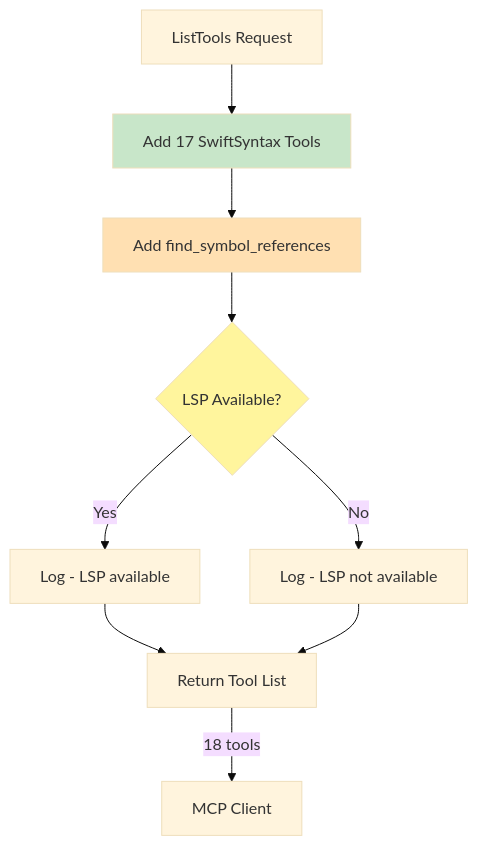
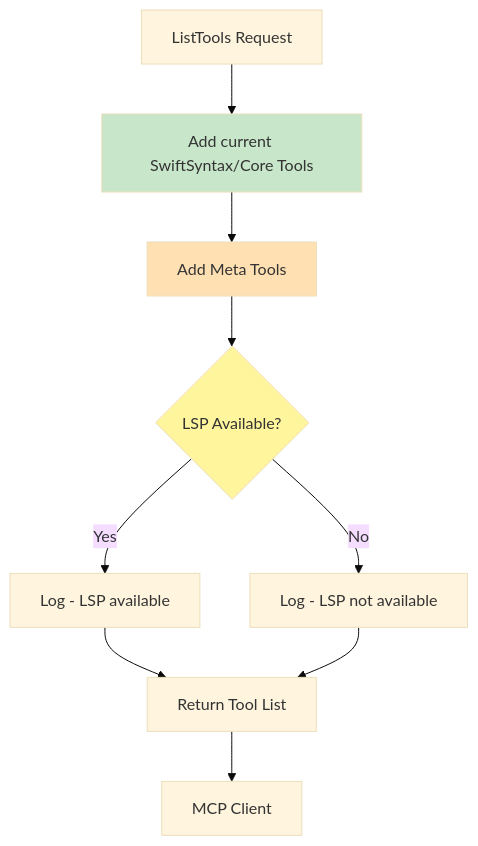
One commit to BlueEventHorizon/Swift-Selena changed the fifth of 26 diagrams in project/main/design/DES-101_System_Architecture.md. Above: the diagram before and after it, drawn with Mermaid (base theme). The commit also changed other lines of this file and 16 other files, not shown here.

````diff
--- a/project/main/design/DES-101_System_Architecture.md
+++ b/project/main/design/DES-101_System_Architecture.md
@@ -187,22 +187,22 @@
 ```mermaid
 graph TB
     Start[ListTools Request]
     Check{LSP Available?}
-    Add17[Add 17 SwiftSyntax Tools]
-    Add1[Add find_symbol_references]
+    AddCore[Add current SwiftSyntax/Core Tools]
+    AddMeta[Add Meta Tools]
     Return[Return Tool List]
 
-    Start --> Add17
-    Add17 --> Add1
-    Add1 --> Check
+    Start --> AddCore
+    AddCore --> AddMeta
+    AddMeta --> Check
     Check -->|Yes| Log1[Log - LSP available]
     Check -->|No| Log2[Log - LSP not available]
     Log1 --> Return
     Log2 --> Return
 
-    Return --> |18 tools| Client[MCP Client]
+    Return --> Client[MCP Client]
 
-    style Add17 fill:#c8e6c9
-    style Add1 fill:#ffe0b2
+    style AddCore fill:#c8e6c9
+    style AddMeta fill:#ffe0b2
     style Check fill:#fff59d
 ```
````
